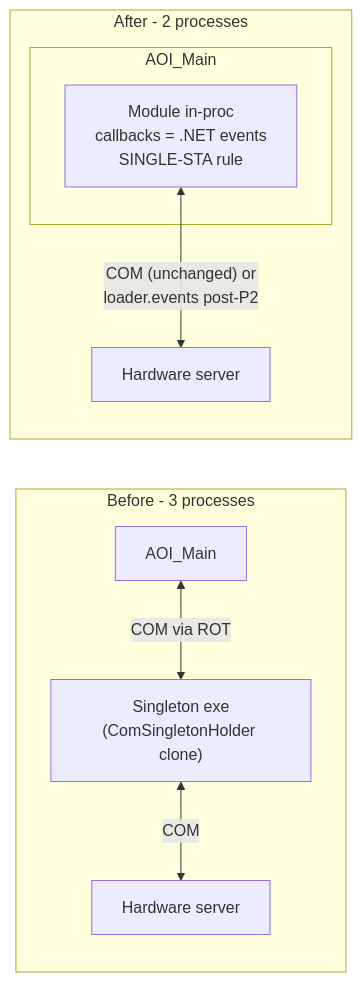
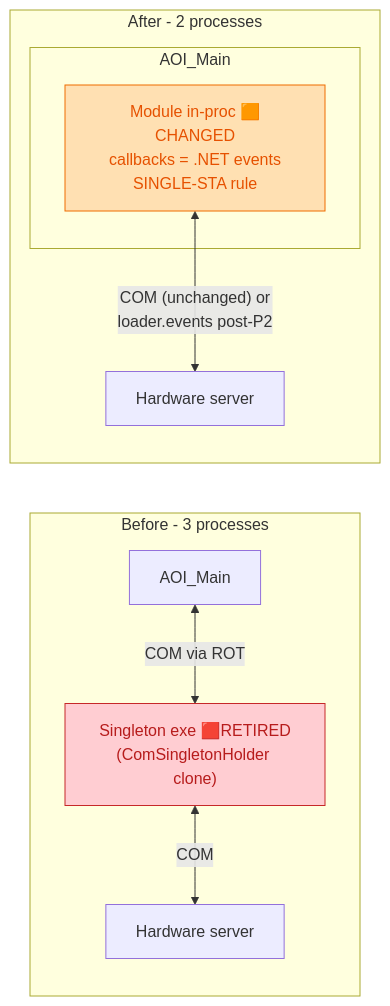
The seventh of 10 diagrams in stage/03-appendix-four-lanes.md (amitA-camtek/bus_gateway), drawn with Mermaid before and after one commit. The commit also changed other lines of this file and 11 other files, not shown here.

````diff
--- a/stage/03-appendix-four-lanes.md
+++ b/stage/03-appendix-four-lanes.md
@@ -260,13 +272,18 @@
 ```mermaid
 flowchart LR
     subgraph BEF["Before - 3 processes"]
-        A1["AOI_Main"] <-->|"COM via ROT"| S1["Singleton exe\n(ComSingletonHolder clone)"]
+        A1["AOI_Main"] <-->|"COM via ROT"| S1["Singleton exe 🟥RETIRED\n(ComSingletonHolder clone)"]
         S1 <-->|COM| H1["Hardware server"]
     end
     subgraph AFT["After - 2 processes"]
         subgraph A2C["AOI_Main"]
-            M2["Module in-proc\ncallbacks = .NET events\nSINGLE-STA rule"]
+            M2["Module in-proc 🟧CHANGED\ncallbacks = .NET events\nSINGLE-STA rule"]
         end
         M2 <-->|"COM (unchanged) or\nloader.events post-P2"| H2C["Hardware server"]
     end
+
+    classDef changed fill:#FFE0B2,stroke:#EF6C00,color:#E65100;
+    classDef retire fill:#FFCDD2,stroke:#C62828,color:#B71C1C;
+    class M2 changed;
+    class S1 retire;
 ```
````
